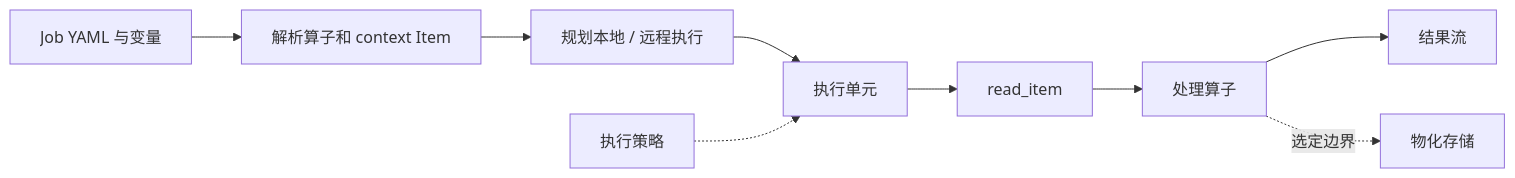
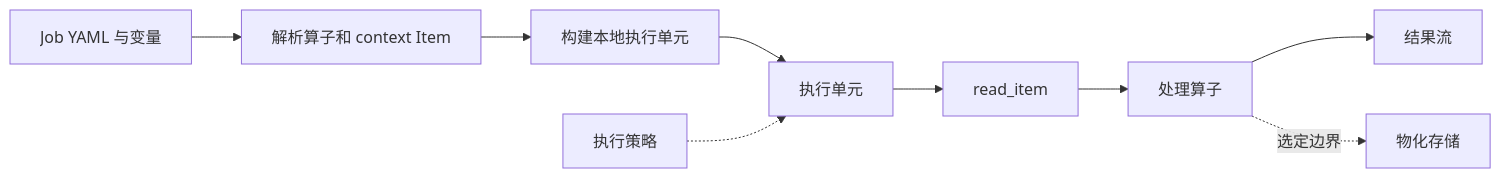
One commit to rdcn-link/xstream-codex changed the diagram in docs/xstream_zh.md. Above: the diagram before and after it, drawn with Mermaid. The commit also changed other lines of this file and 98 other files, not shown here.

````diff
--- a/docs/xstream_zh.md
+++ b/docs/xstream_zh.md
@@ -107,9 +107,9 @@
 ```mermaid
 flowchart LR
   Job["Job YAML 与变量"] --> Resolve["解析算子和 context Item"]
-  Resolve --> Plan["规划本地 / 远程执行"]
+  Resolve --> Plan["构建本地执行单元"]
   Plan --> Units["执行单元"]
   Units --> Source["read_item"] --> Process["处理算子"] --> Result["结果流"]
   Policy["执行策略"] -.-> Units
   Process -. "选定边界" .-> Store["物化存储"]
 ```
````
